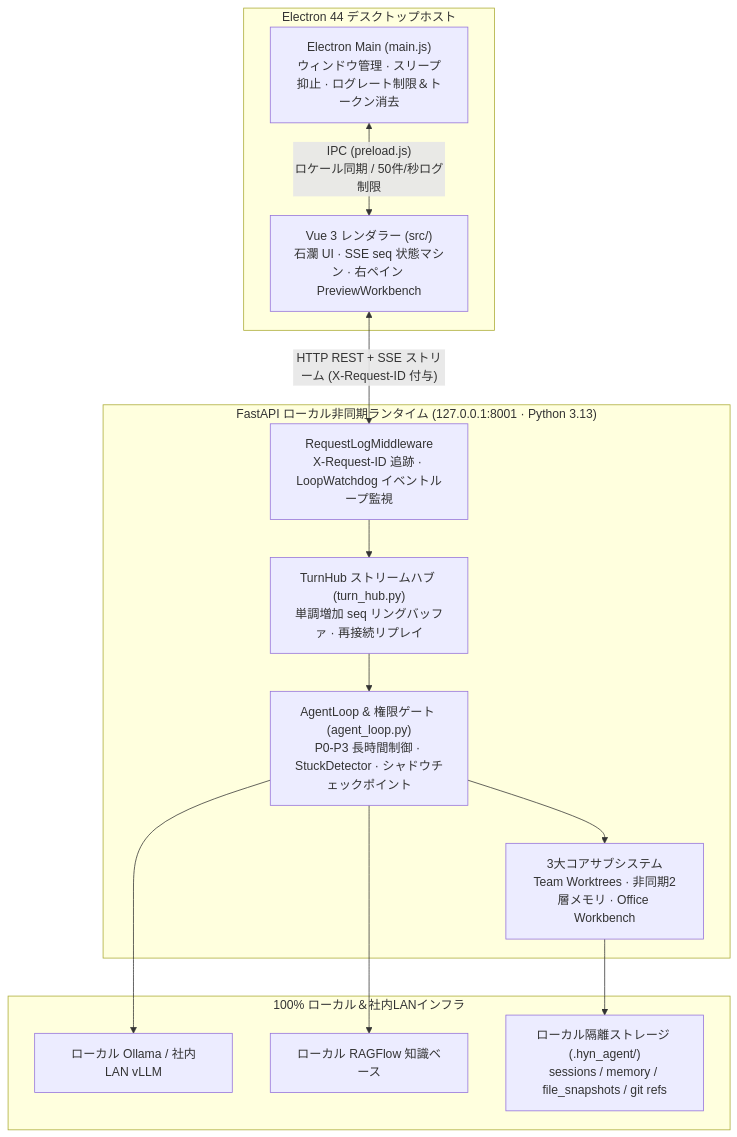
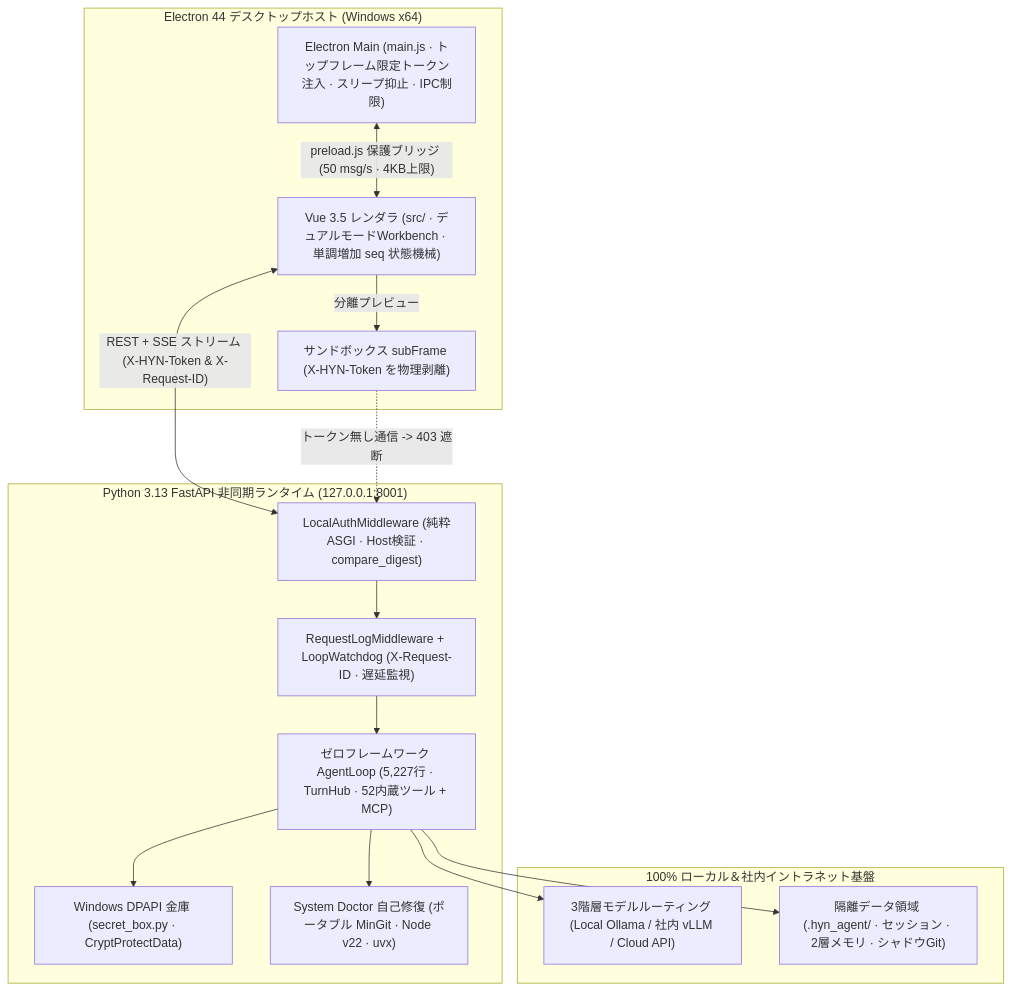
One commit to HelmAgent/Helm_website changed the first of 3 diagrams in docs/ja/architecture/overview.md. Above: the diagram before and after it, drawn with Mermaid. The commit also changed other lines of this file and 57 other files, not shown here.

Commit message:
docs(architecture): add detailed documentation for the 5-Tier Permission Sandbox, Zero-RTT Intent Engine, and Open Ecosystem; include core modules, empirical evidence, and interactive permission modes for enhanced clarity and functionality

````diff
--- a/docs/ja/architecture/overview.md
+++ b/docs/ja/architecture/overview.md
@@ -15,27 +15,31 @@
 ```mermaid
-flowchart TB
-  subgraph Electron["Electron 44 デスクトップホスト"]
-    MainProc["Electron Main (main.js)<br/>ウィンドウ管理 · スリープ抑止 · ログレート制限＆トークン消去"]
-    Renderer["Vue 3 レンダラー (src/)<br/>石瀾 UI · SSE seq 状態マシン · 右ペイン PreviewWorkbench"]
-    MainProc <-- "IPC (preload.js)<br/>ロケール同期 / 50件/秒ログ制限" --> Renderer
+flowchart TD
+  subgraph Host["Electron 44 デスクトップホスト (Windows x64)"]
+    Main["Electron Main (main.js · トップフレーム限定トークン注入 · スリープ抑止 · IPC制限)"]
+    Renderer["Vue 3.5 レンダラ (src/ · デュアルモードWorkbench · 単調増加 seq 状態機械)"]
+    PreviewFrame["サンドボックス subFrame (X-HYN-Token を物理剥離)"]
+    Main <-->|"preload.js 保護ブリッジ (50 msg/s · 4KB上限)"| Renderer
+    Renderer -->|"分離プレビュー"| PreviewFrame
   end
 
-  subgraph Backend["FastAPI ローカル非同期ランタイム (127.0.0.1:8001 · Python 3.13)"]
-    Middleware["RequestLogMiddleware<br/>X-Request-ID 追跡 · LoopWatchdog イベントループ監視"]
-    TurnHub["TurnHub ストリームハブ (turn_hub.py)<br/>単調増加 seq リングバッファ · 再接続リプレイ"]
-    AgentLoop["AgentLoop & 権限ゲート (agent_loop.py)<br/>P0-P3 長時間制御 · StuckDetector · シャドウチェックポイント"]
-    Subsystems["3大コアサブシステム<br/>Team Worktrees · 非同期2層メモリ · Office Workbench"]
-    Middleware --> TurnHub --> AgentLoop --> Subsystems
+  subgraph Engine["Python 3.13 FastAPI 非同期ランタイム (127.0.0.1:8001)"]
+    AuthMW["LocalAuthMiddleware (純粋ASGI · Host検証 · compare_digest)"]
+    ReqMW["RequestLogMiddleware + LoopWatchdog (X-Request-ID · 遅延監視)"]
+    CoreLoop["ゼロフレームワーク AgentLoop (5,227行 · TurnHub · 52内蔵ツール + MCP)"]
+    Vault["Windows DPAPI 金庫 (secret_box.py · CryptProtectData)"]
+    Doctor["System Doctor 自己修復 (ポータブル MinGit · Node v22 · uvx)"]
+    AuthMW --> ReqMW --> CoreLoop
+    CoreLoop --> Vault
+    CoreLoop --> Doctor
   end
 
-  subgraph LocalInfra["100% ローカル＆社内LANインフラ"]
-    Ollama["ローカル Ollama / 社内LAN vLLM"]
-    RAGFlow["ローカル RAGFlow 知識ベース"]
-    Disk["ローカル隔離ストレージ (.hyn_agent/)<br/>sessions / memory / file_snapshots / git refs"]
+  subgraph Infra["100% ローカル＆社内イントラネット基盤"]
+    LocalLLM["3階層モデルルーティング (Local Ollama / 社内 vLLM / Cloud API)"]
+    LocalDisk["隔離データ領域 (.hyn_agent/ · セッション · 2層メモリ · シャドウGit)"]
   end
 
-  Renderer <-- "HTTP REST + SSE ストリーム (X-Request-ID 付与)" --> Middleware
-  AgentLoop --> Ollama
-  AgentLoop --> RAGFlow
-  Subsystems --> Disk
+  Renderer <-->|"REST + SSE ストリーム (X-HYN-Token & X-Request-ID)"| AuthMW
+  PreviewFrame -.->|"トークン無し通信 -> 403 遮断"| AuthMW
+  CoreLoop --> LocalLLM
+  CoreLoop --> LocalDisk
 ```
````
